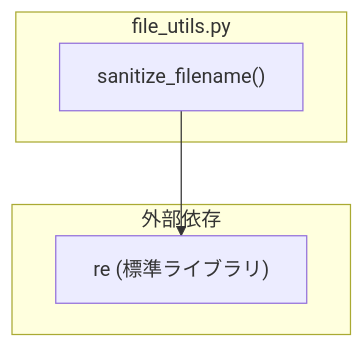
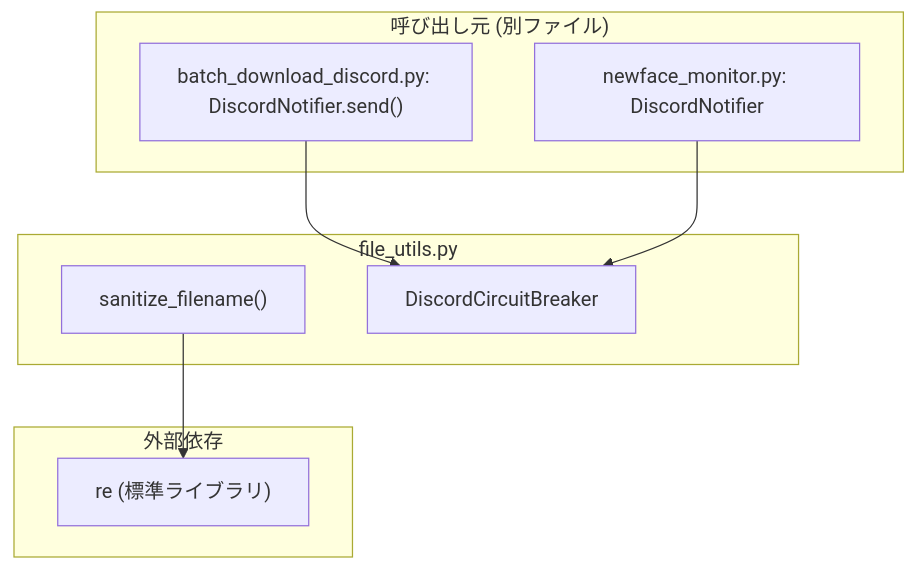
Before and after one commit to mmtigers/my_python_project: the third of 3 diagrams in docs/specifications/DDD/file_utils.md, drawn with Mermaid. The commit also changed other lines of this file and 2 other files, not shown here.

First line of the commit message:
docs: DDD仕様書をDiscordCircuitBreaker/exc_info修正に追従させる

````diff
--- a/docs/specifications/DDD/file_utils.md
+++ b/docs/specifications/DDD/file_utils.md
@@ -79,12 +118,20 @@
 ```mermaid
 graph TD
     subgraph "file_utils.py"
         sanitize_filename["sanitize_filename()"]
+        DiscordCircuitBreaker["DiscordCircuitBreaker"]
     end
 
     subgraph "外部依存"
         re_mod["re (標準ライブラリ)"]
     end
 
+    subgraph "呼び出し元 (別ファイル)"
+        batch_dl["batch_download_discord.py: DiscordNotifier.send()"]
+        newface["newface_monitor.py: DiscordNotifier"]
+    end
+
     sanitize_filename --> re_mod
+    batch_dl --> DiscordCircuitBreaker
+    newface --> DiscordCircuitBreaker
 ```
````
